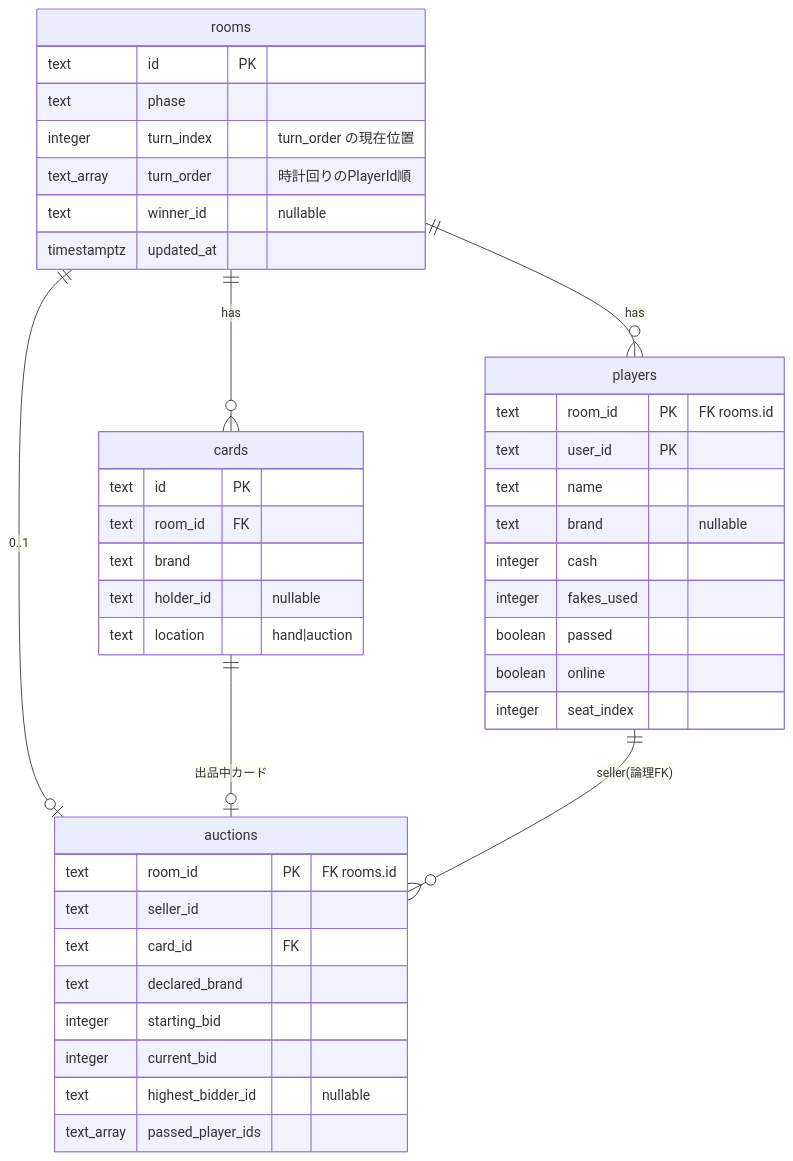
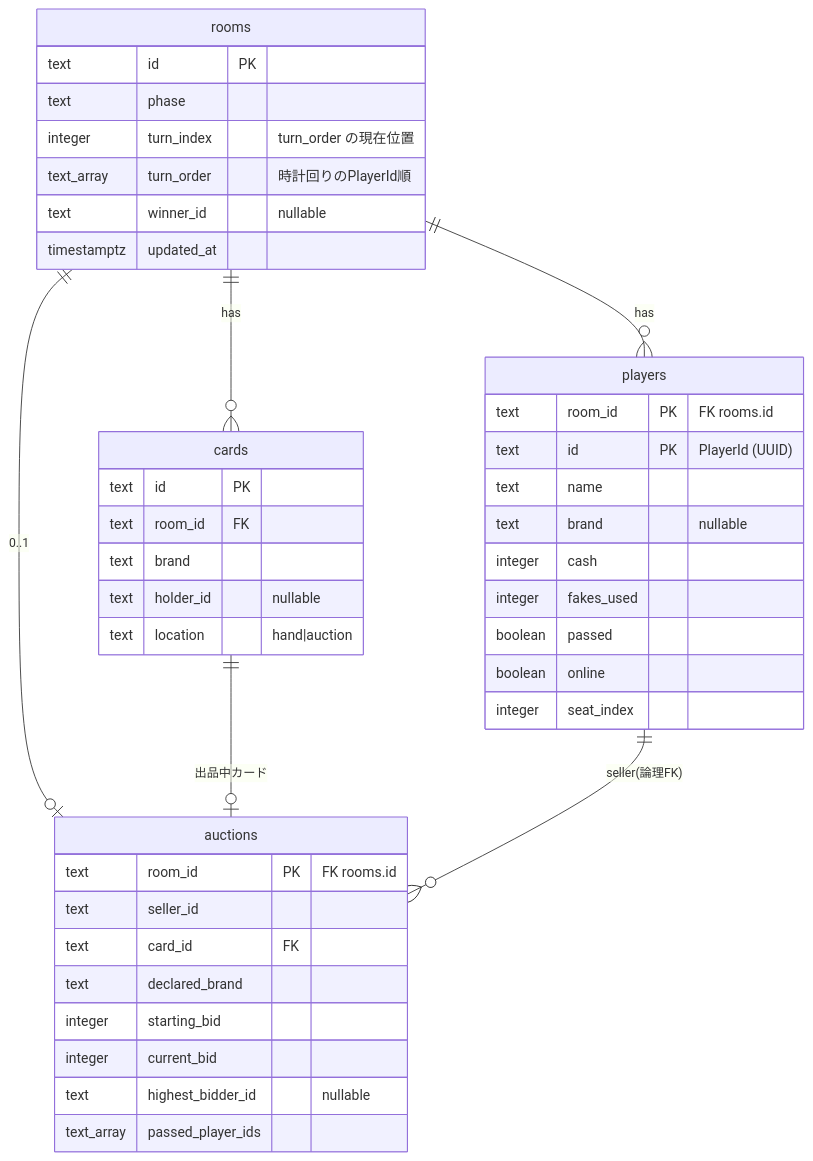
One commit to calm1205/bluff-auction changed the diagram in docs/design/02_data_model.md. Above: the diagram before and after it, drawn with Mermaid.

Commit message:
chore: auto-commit by Claude Code

````diff
--- a/docs/design/02_data_model.md
+++ b/docs/design/02_data_model.md
@@ -7,45 +7,45 @@
 ```mermaid
 erDiagram
     rooms ||--o{ players : has
     rooms ||--o{ cards : has
     rooms ||--o| auctions : "0..1"
     cards ||--o| auctions : "出品中カード"
     players ||--o{ auctions : "seller(論理FK)"
 
     rooms {
         text id PK
         text phase
         integer turn_index "turn_order の現在位置"
         text_array turn_order "時計回りのPlayerId順"
         text winner_id "nullable"
         timestamptz updated_at
     }
     players {
         text room_id PK "FK rooms.id"
-        text user_id PK
+        text id PK "PlayerId (UUID)"
         text name
         text brand "nullable"
         integer cash
         integer fakes_used
         boolean passed
         boolean online
         integer seat_index
     }
     cards {
         text id PK
         text room_id FK
         text brand
         text holder_id "nullable"
         text location "hand|auction"
     }
     auctions {
         text room_id PK "FK rooms.id"
         text seller_id
         text card_id FK
         text declared_brand
         integer starting_bid
         integer current_bid
         text highest_bidder_id "nullable"
         text_array passed_player_ids
     }
 ```
````
